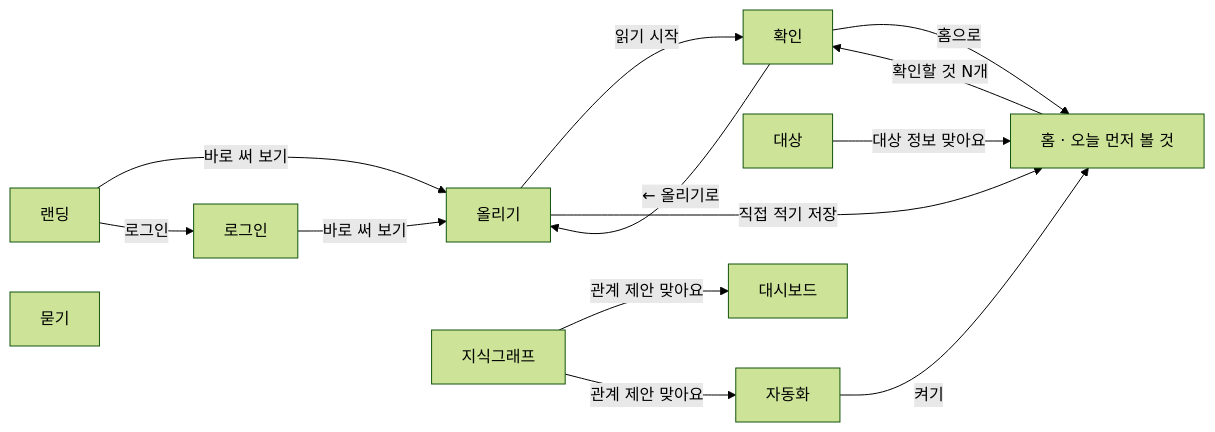
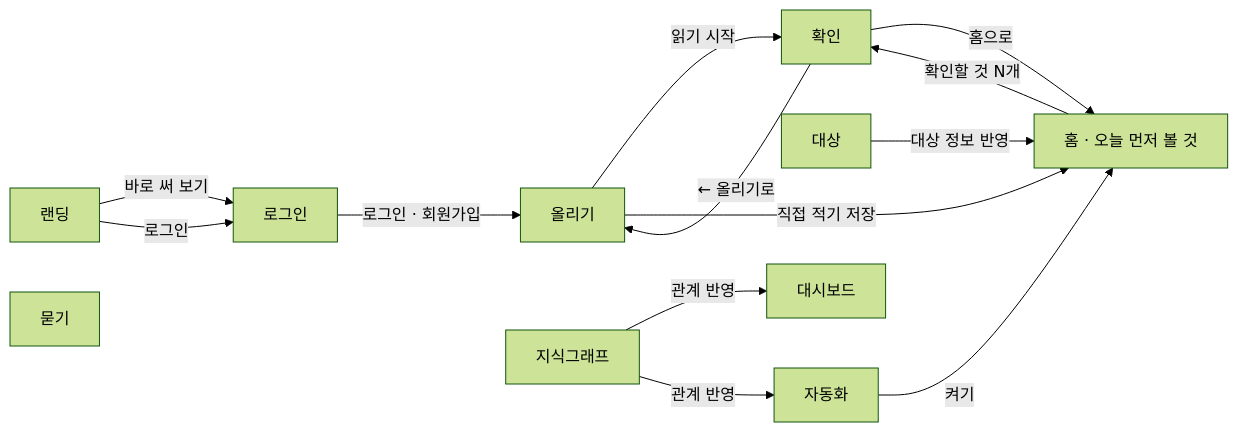
One commit to Seunghun789/papersolve changed the diagram in PRD.md. Above: the diagram before and after it, drawn with Mermaid (forest theme). The commit also changed other lines of this file and 12 other files, not shown here.

````diff
--- a/PRD.md
+++ b/PRD.md
@@ -164,16 +180,16 @@
 ```mermaid
 flowchart LR
-  W0["랜딩"] -->|"바로 써 보기"| W1
-  W0 -->|"로그인"| W9["로그인"]
-  W9 -->|"바로 써 보기"| W1
+  W0["랜딩"] -->|"바로 써 보기"| W9["로그인"]
+  W0 -->|"로그인"| W9
+  W9 -->|"로그인 · 회원가입"| W1
   W1["올리기"] -->|"읽기 시작"| W2["확인"]
   W1 -->|"직접 적기 저장"| W3
   W2 -->|"← 올리기로"| W1
   W2 -->|"홈으로"| W3["홈 · 오늘 먼저 볼 것"]
   W3 -->|"확인할 것 N개"| W2
-  W8["대상"] -->|"대상 정보 맞아요"| W3
-  W5["지식그래프"] -->|"관계 제안 맞아요"| W6["대시보드"]
-  W5 -->|"관계 제안 맞아요"| W7["자동화"]
+  W8["대상"] -->|"대상 정보 반영"| W3
+  W5["지식그래프"] -->|"관계 반영"| W6["대시보드"]
+  W5 -->|"관계 반영"| W7["자동화"]
   W7 -->|"켜기"| W3
   W4["묻기"]
 ```
````
